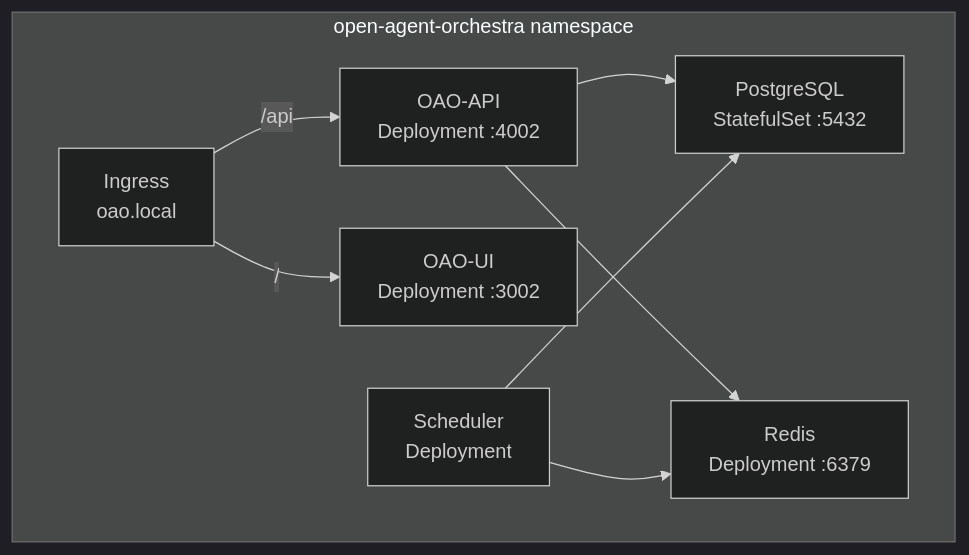
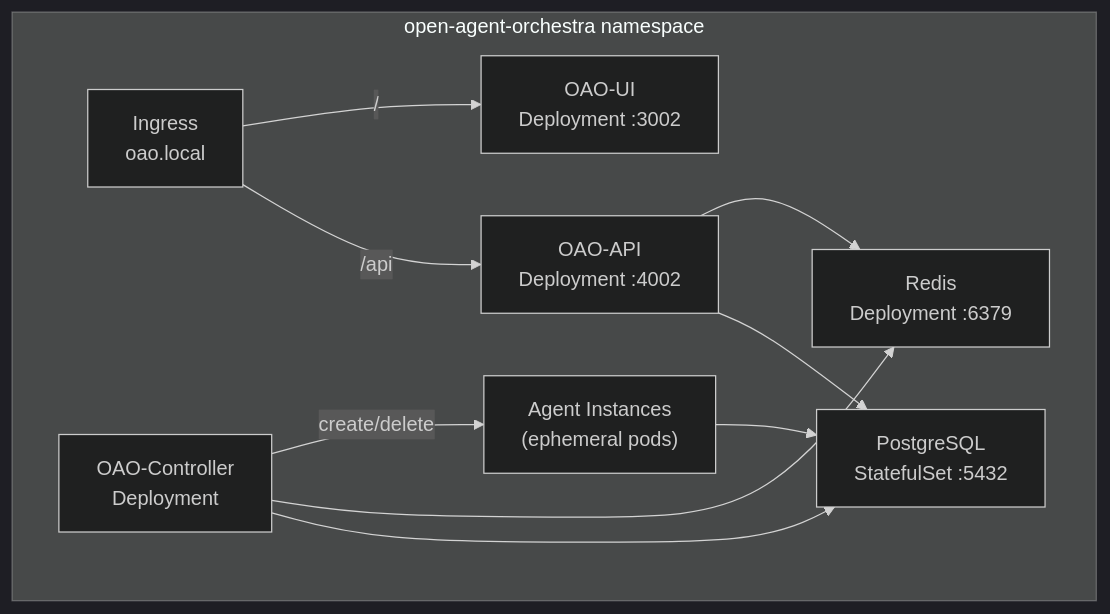
One commit to thfai2000/open-agent-orchestra changed the diagram in docs/guide/kubernetes.md. Above: the diagram before and after it, drawn with Mermaid (dark theme). The commit also changed other lines of this file and 60 other files, not shown here.

````diff
--- a/docs/guide/kubernetes.md
+++ b/docs/guide/kubernetes.md
@@ -148,18 +159,21 @@
 ```mermaid
 graph TB
     subgraph "open-agent-orchestra namespace"
         ING[Ingress<br/>oao.local]
         API[OAO-API<br/>Deployment :4002]
         UI[OAO-UI<br/>Deployment :3002]
-        SCH[Scheduler<br/>Deployment]
+        CTRL[OAO-Controller<br/>Deployment]
+        AP["Agent Instances<br/>(ephemeral pods)"]
         PG[PostgreSQL<br/>StatefulSet :5432]
         RD[Redis<br/>Deployment :6379]
     end
 
     ING -->|/api| API
     ING -->|/| UI
     API --> PG
     API --> RD
-    SCH --> PG
-    SCH --> RD
+    CTRL --> PG
+    CTRL --> RD
+    CTRL -->|"create/delete"| AP
+    AP --> PG
 ```
````
